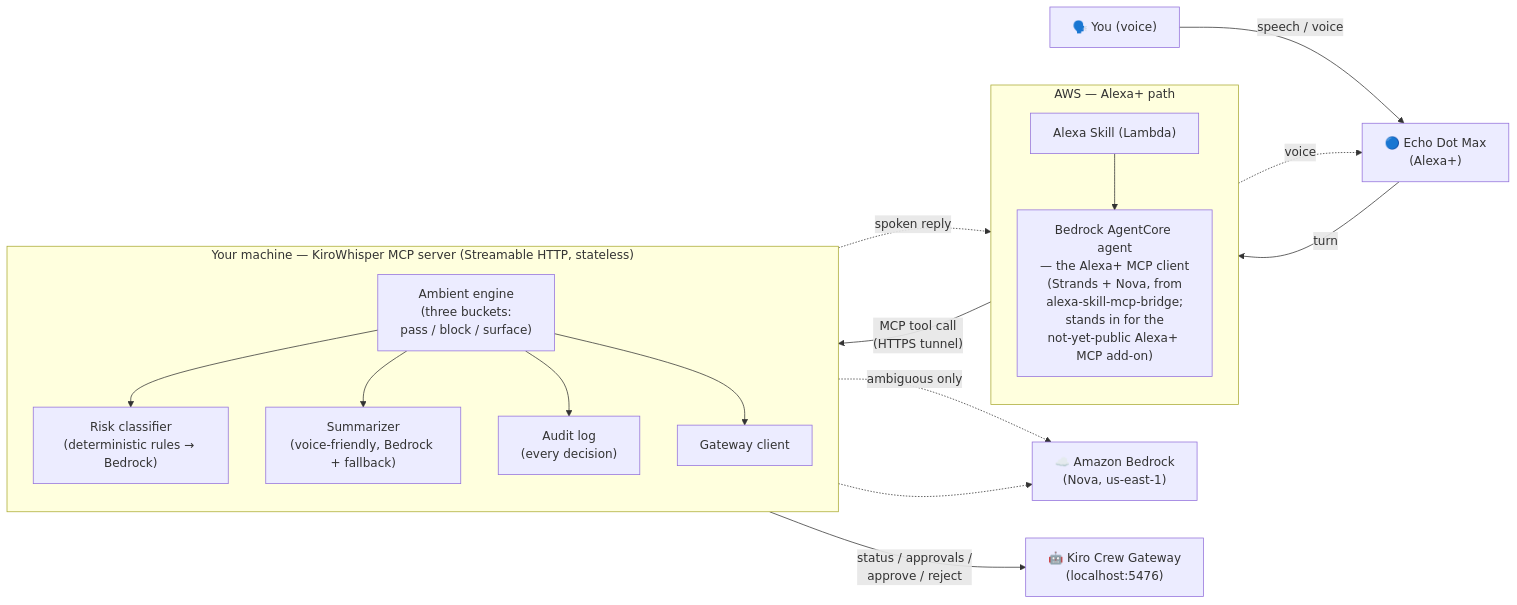
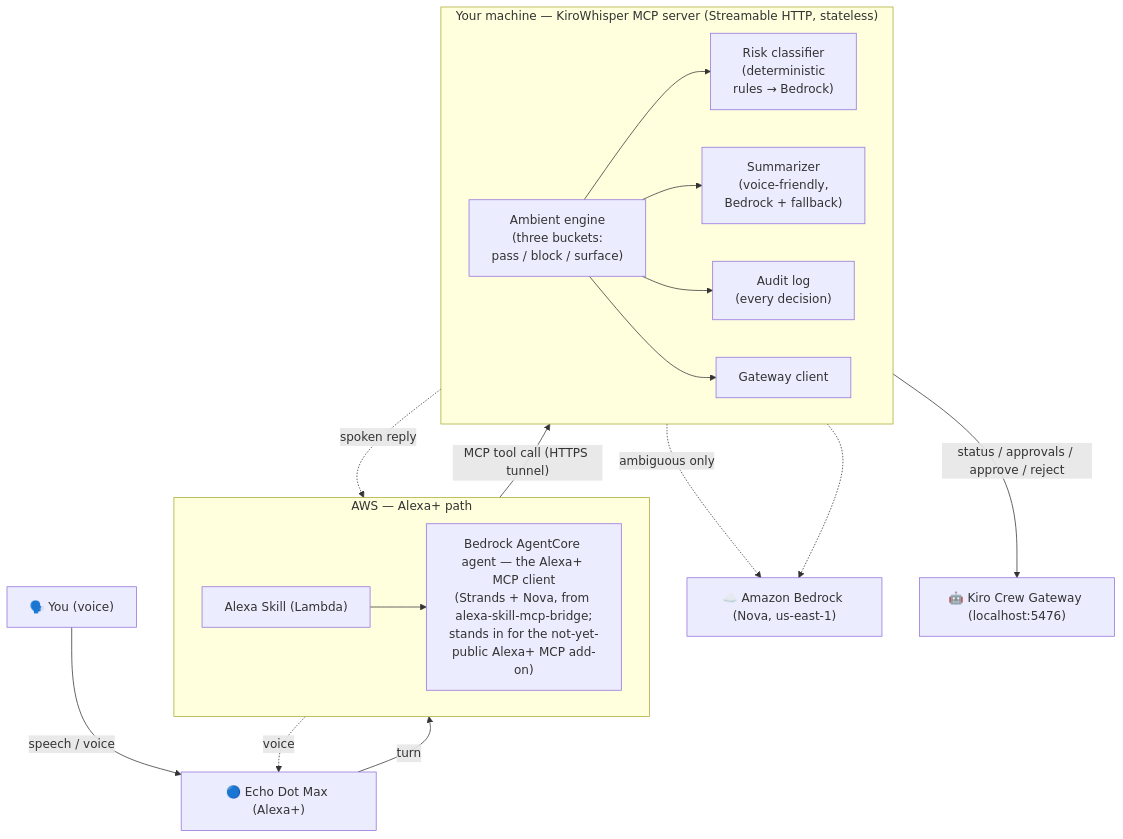
Before and after one commit to memetcircus/kirowhisper: the diagram in README.md, drawn with Mermaid. The commit also changed 2 other files, not shown here.

Commit message:
docs: taller architecture diagram (TB flow, LR subgraphs) for bigger boxes

````diff
--- a/README.md
+++ b/README.md
@@ -137,37 +137,37 @@
 ```mermaid
-graph LR
+graph TB
     User["🗣️ You (voice)"]
-    Echo["🔵 Echo Dot Max<br/>(Alexa+)"]
+    Echo["🔵 Echo Dot Max (Alexa+)"]
 
     subgraph AWS ["AWS — Alexa+ path"]
-        direction TB
+        direction LR
         Skill["Alexa Skill (Lambda)"]
-        Agent["Bedrock AgentCore agent<br/>— the Alexa+ MCP client<br/>(Strands + Nova, from<br/>alexa-skill-mcp-bridge;<br/>stands in for the<br/>not-yet-public Alexa+ MCP add-on)"]
+        Agent["Bedrock AgentCore agent — the Alexa+ MCP client<br/>(Strands + Nova, from alexa-skill-mcp-bridge;<br/>stands in for the not-yet-public Alexa+ MCP add-on)"]
         Skill --> Agent
     end
 
     subgraph Local ["Your machine — KiroWhisper MCP server (Streamable HTTP, stateless)"]
-        direction TB
+        direction LR
         Ambient["Ambient engine<br/>(three buckets:<br/>pass / block / surface)"]
-        Risk["Risk classifier<br/>(deterministic rules → Bedrock)"]
-        Summ["Summarizer<br/>(voice-friendly, Bedrock + fallback)"]
+        Risk["Risk classifier<br/>(deterministic<br/>rules → Bedrock)"]
+        Summ["Summarizer<br/>(voice-friendly,<br/>Bedrock + fallback)"]
         Audit["Audit log<br/>(every decision)"]
         GW["Gateway client"]
         Ambient --> Risk
         Ambient --> Summ
         Ambient --> Audit
         Ambient --> GW
     end
 
-    Bedrock["☁️ Amazon Bedrock<br/>(Nova, us-east-1)"]
-    Crew["🤖 Kiro Crew Gateway<br/>(localhost:5476)"]
+    Bedrock["☁️ Amazon Bedrock (Nova, us-east-1)"]
+    Crew["🤖 Kiro Crew Gateway (localhost:5476)"]
 
     User -->|"speech / voice"| Echo
     Echo -->|"turn"| Skill
-    Agent -->|"MCP tool call<br/>(HTTPS tunnel)"| Ambient
+    Agent -->|"MCP tool call (HTTPS tunnel)"| Ambient
     Ambient -.->|"spoken reply"| Agent
     Agent -.->|"voice"| Echo
     Risk -.->|"ambiguous only"| Bedrock
     Summ -.-> Bedrock
-    GW -->|"status / approvals /<br/>approve / reject"| Crew
+    GW -->|"status / approvals / approve / reject"| Crew
 ```
````
